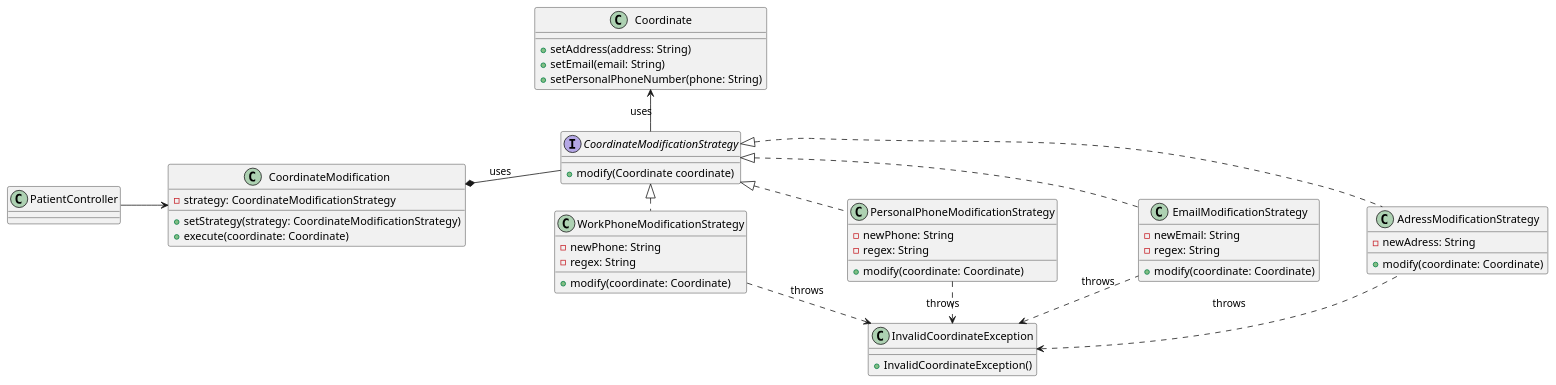
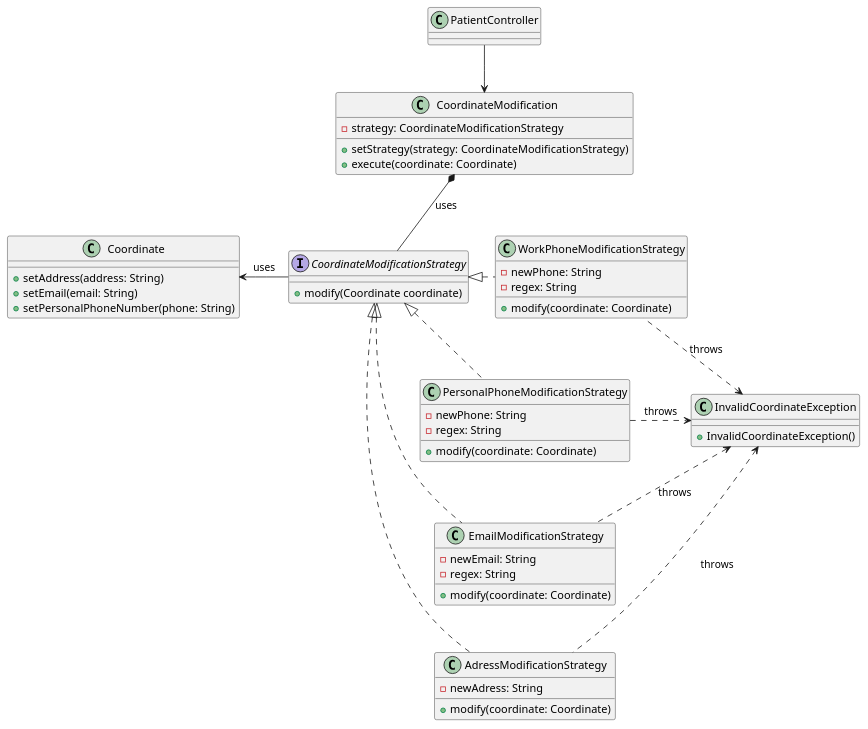
The diagram in plantUml-partie2/strategy-class.puml (KevenJAntenor/Quebec-Centralized-Medical-Record-System), drawn with PlantUML before and after one commit. The commit also changed 1 other file, not shown here.

```diff
--- a/plantUml-partie2/strategy-class.puml
+++ b/plantUml-partie2/strategy-class.puml
@@ -1,65 +1,66 @@
 @startuml
-left to right direction
+' left to right direction
+top to bottom direction
 class InvalidCoordinateException {
     +InvalidCoordinateException()
 }
 interface CoordinateModificationStrategy {
     +modify(Coordinate coordinate)
 }
 
 class AdressModificationStrategy {
     -newAdress: String
     +modify(coordinate: Coordinate)
 }
 
 class EmailModificationStrategy {
     -newEmail: String
     -regex: String
     +modify(coordinate: Coordinate)
 }
 
 class PersonalPhoneModificationStrategy {
     -newPhone: String
     -regex: String
     +modify(coordinate: Coordinate)
 }
 
 class WorkPhoneModificationStrategy {
     -newPhone: String
     -regex: String
     +modify(coordinate: Coordinate)
 }
 
 
 class CoordinateModification {
     -strategy: CoordinateModificationStrategy
     +setStrategy(strategy: CoordinateModificationStrategy)
     +execute(coordinate: Coordinate)
 }
 
 class Coordinate {
     +setAddress(address: String)
     +setEmail(email: String)
     +setPersonalPhoneNumber(phone: String)
 }
 
 CoordinateModificationStrategy <|.r. EmailModificationStrategy
 CoordinateModificationStrategy <|.r. PersonalPhoneModificationStrategy
 CoordinateModificationStrategy <|.r. WorkPhoneModificationStrategy
 CoordinateModificationStrategy <|.r. AdressModificationStrategy
 
 
 InvalidCoordinateException <.. AdressModificationStrategy: throws
 InvalidCoordinateException <.. EmailModificationStrategy: throws
 InvalidCoordinateException <.l. PersonalPhoneModificationStrategy: throws
 InvalidCoordinateException <.. WorkPhoneModificationStrategy: throws
 
 CoordinateModification -r[hidden]-> WorkPhoneModificationStrategy
 PersonalPhoneModificationStrategy -u[hidden]-> WorkPhoneModificationStrategy
 PersonalPhoneModificationStrategy -d[hidden]-> EmailModificationStrategy
 EmailModificationStrategy -d[hidden]-> AdressModificationStrategy
 
 CoordinateModificationStrategy -l-> Coordinate: uses
 PatientController --> CoordinateModification
 CoordinateModification *-d- CoordinateModificationStrategy: uses
 @enduml
```
